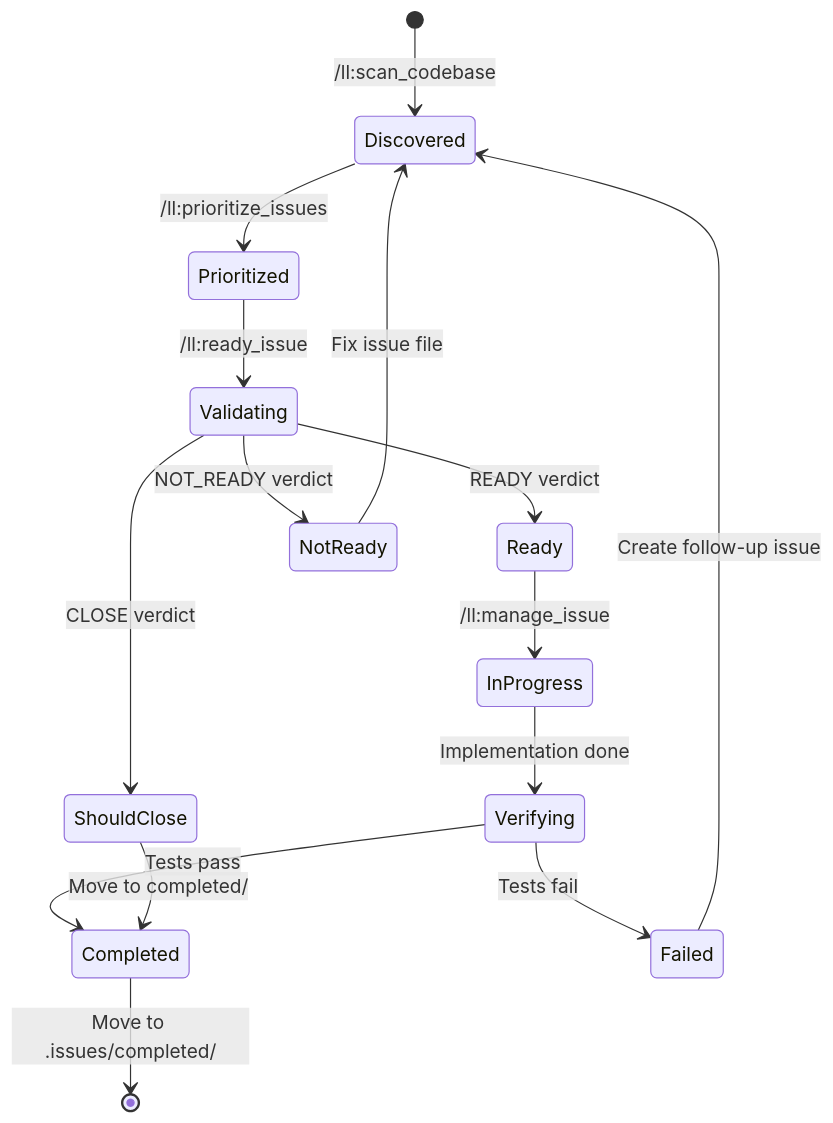
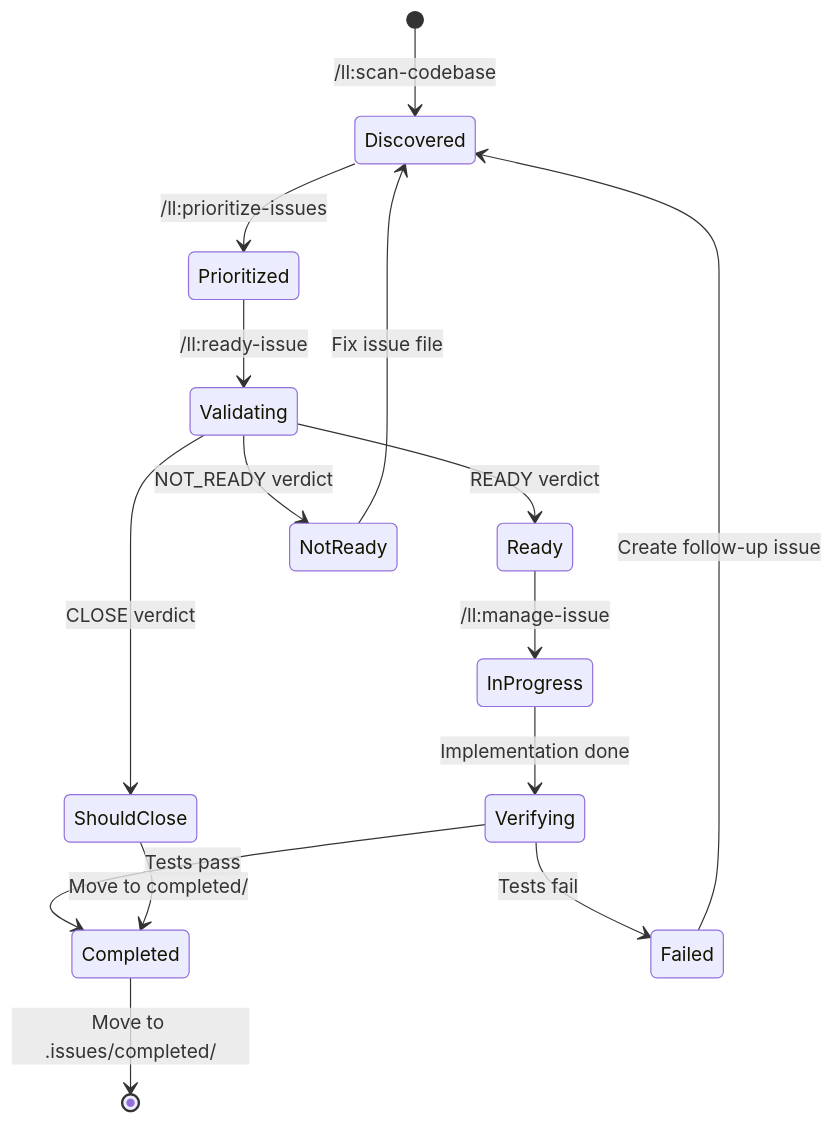
One commit to BrennonTWilliams/little-loops changed the seventh of 13 diagrams in docs/ARCHITECTURE.md. Above: the diagram before and after it, drawn with Mermaid. The commit also changed other lines of this file and 371 other files, not shown here.

````diff
--- a/docs/ARCHITECTURE.md
+++ b/docs/ARCHITECTURE.md
@@ -487,22 +487,22 @@
 ```mermaid
 stateDiagram-v2
-    [*] --> Discovered: /ll:scan_codebase
+    [*] --> Discovered: /ll:scan-codebase
 
-    Discovered --> Prioritized: /ll:prioritize_issues
-    Prioritized --> Validating: /ll:ready_issue
+    Discovered --> Prioritized: /ll:prioritize-issues
+    Prioritized --> Validating: /ll:ready-issue
 
     Validating --> Ready: READY verdict
     Validating --> NotReady: NOT_READY verdict
     Validating --> ShouldClose: CLOSE verdict
 
-    Ready --> InProgress: /ll:manage_issue
+    Ready --> InProgress: /ll:manage-issue
     InProgress --> Verifying: Implementation done
     Verifying --> Completed: Tests pass
     Verifying --> Failed: Tests fail
 
     NotReady --> Discovered: Fix issue file
     ShouldClose --> Completed: Move to completed/
     Failed --> Discovered: Create follow-up issue
 
     Completed --> [*]: Move to .issues/completed/
 ```
````
